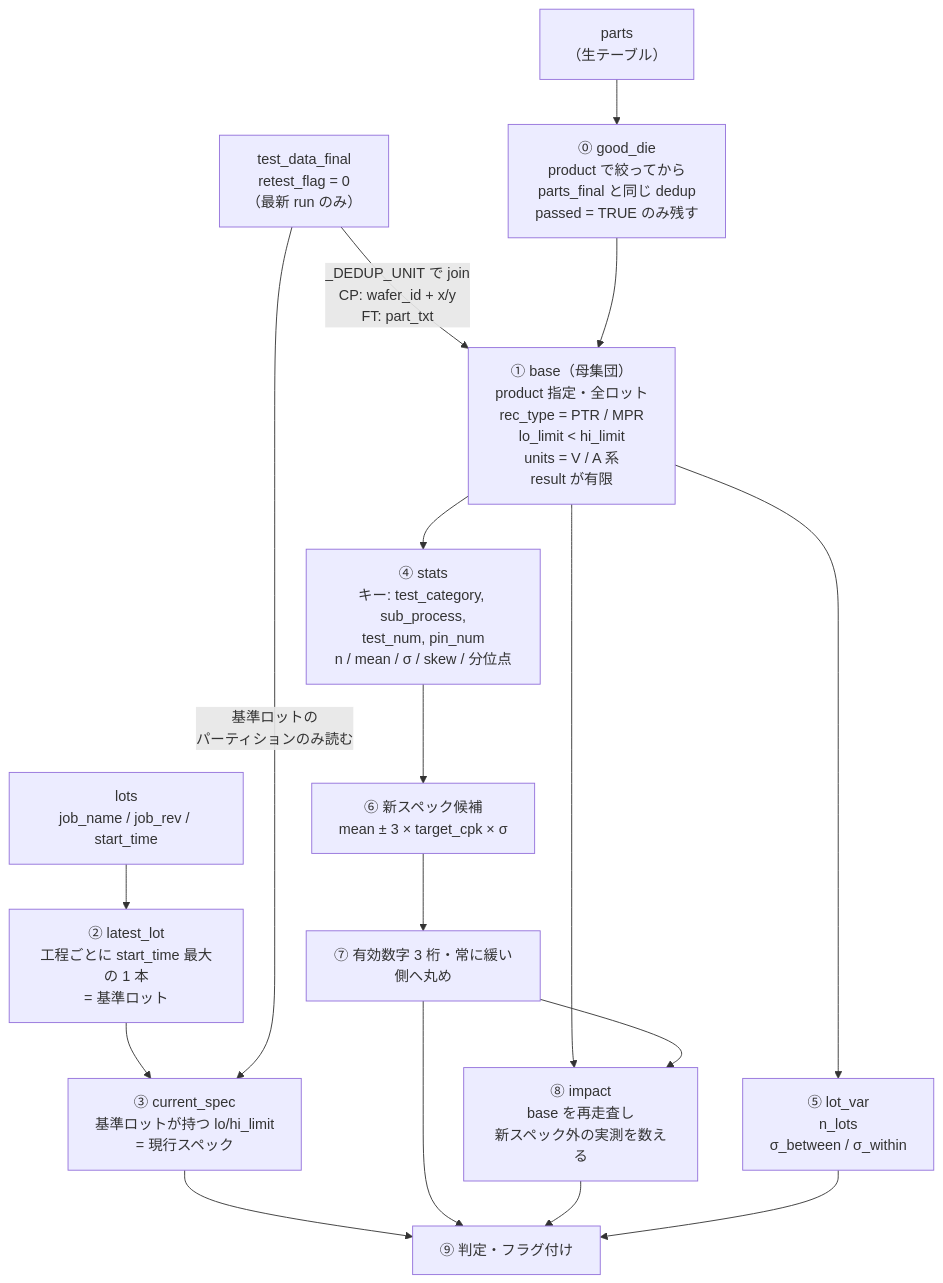
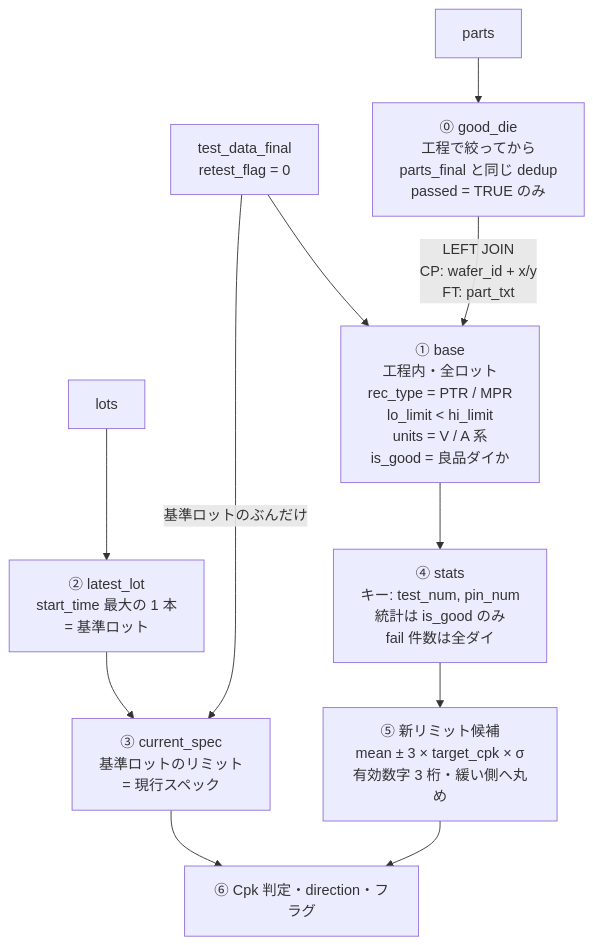
The first of 2 diagrams in docs/sample_queries.md (Kei0bb/STDF), drawn with Mermaid before and after one commit. The commit also changed other lines of this file, not shown here.

First line of the commit message:
docs: sample query 8-2 を Cpk 洗い出し用に整理（診断を削減）

````diff
--- a/docs/sample_queries.md
+++ b/docs/sample_queries.md
@@ -695,31 +703,16 @@
 ```mermaid
 flowchart TD
-    TD["test_data_final<br/>retest_flag = 0<br/>（最新 run のみ）"]
-    PA["parts<br/>（生テーブル）"]
-    LO["lots<br/>job_name / job_rev / start_time"]
+    PA["parts"] --> GD["⓪ good_die<br/>工程で絞ってから<br/>parts_final と同じ dedup<br/>passed = TRUE のみ"]
+    TD["test_data_final<br/>retest_flag = 0"] --> BASE
+    GD -->|"LEFT JOIN<br/>CP: wafer_id + x/y<br/>FT: part_txt"| BASE
+    BASE["① base<br/>工程内・全ロット<br/>rec_type = PTR / MPR<br/>lo_limit &lt; hi_limit<br/>units = V / A 系<br/>is_good = 良品ダイか"]
 
-    PA --> GD["⓪ good_die<br/>product で絞ってから<br/>parts_final と同じ dedup<br/>passed = TRUE のみ残す"]
+    LO["lots"] --> LL["② latest_lot<br/>start_time 最大の 1 本<br/>= 基準ロット"]
+    LL --> CS["③ current_spec<br/>基準ロットのリミット<br/>= 現行スペック"]
+    TD -->|"基準ロットのぶんだけ"| CS
 
-    TD -->|"_DEDUP_UNIT で join<br/>CP: wafer_id + x/y<br/>FT: part_txt"| BASE
-    GD --> BASE
-
-    BASE["① base（母集団）<br/>product 指定・全ロット<br/>rec_type = PTR / MPR<br/>lo_limit &lt; hi_limit<br/>units = V / A 系<br/>result が有限"]
-
-    LO --> LL["② latest_lot<br/>工程ごとに start_time 最大の 1 本<br/>= 基準ロット"]
-    LL --> CS["③ current_spec<br/>基準ロットが持つ lo/hi_limit<br/>= 現行スペック"]
-    TD -->|"基準ロットの<br/>パーティションのみ読む"| CS
-
-    BASE --> ST["④ stats<br/>キー: test_category, sub_process,<br/>test_num, pin_num<br/>n / mean / σ / skew / 分位点"]
-    BASE --> LV["⑤ lot_var<br/>n_lots<br/>σ_between / σ_within"]
-
-    ST --> CAND["⑥ 新スペック候補<br/>mean ± 3 × target_cpk × σ"]
-    CAND --> RND["⑦ 有効数字 3 桁・常に緩い側へ丸め"]
-
-    BASE --> IMP["⑧ impact<br/>base を再走査し<br/>新スペック外の実測を数える"]
-    RND --> IMP
-
-    CS --> JUDGE["⑨ 判定・フラグ付け"]
-    RND --> JUDGE
-    IMP --> JUDGE
-    LV --> JUDGE
+    BASE --> ST["④ stats<br/>キー: test_num, pin_num<br/>統計は is_good のみ<br/>fail 件数は全ダイ"]
+    ST --> CAND["⑤ 新リミット候補<br/>mean ± 3 × target_cpk × σ<br/>有効数字 3 桁・緩い側へ丸め"]
+    CS --> JUDGE["⑥ Cpk 判定・direction・フラグ"]
+    CAND --> JUDGE
 ```
````
